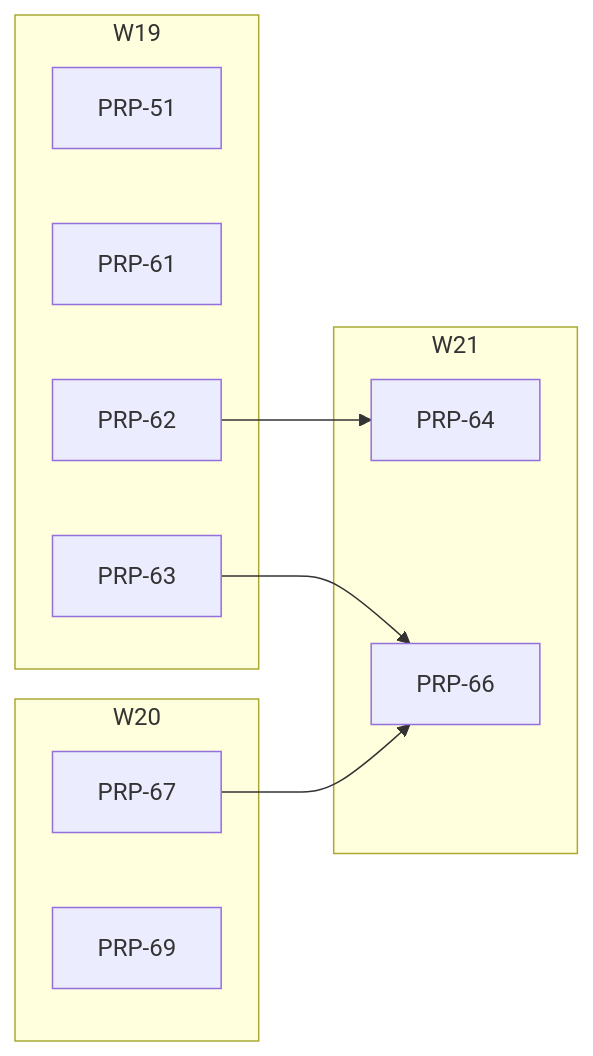
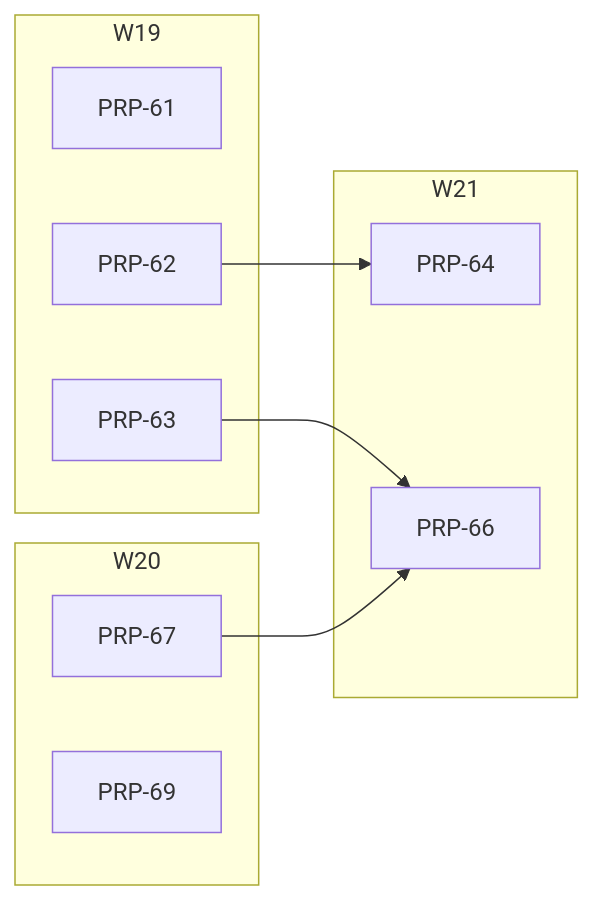
One commit to fgarofalo56/neurosphere changed the diagram in PRPs/EXECUTION-PLAN.md. Above: the diagram before and after it, drawn with Mermaid. The commit also changed other lines of this file and 11 other files, not shown here.

````diff
--- a/PRPs/EXECUTION-PLAN.md
+++ b/PRPs/EXECUTION-PLAN.md
@@ -86,20 +85,19 @@
 ```mermaid
 flowchart LR
   subgraph W19
-    P51["PRP-51"]
     P61["PRP-61"]
     P62["PRP-62"]
     P63["PRP-63"]
   end
   subgraph W20
     P67["PRP-67"]
     P69["PRP-69"]
   end
   subgraph W21
     P64["PRP-64"]
     P66["PRP-66"]
   end
   P62 --> P64
   P63 --> P66
   P67 --> P66
 ```
````
